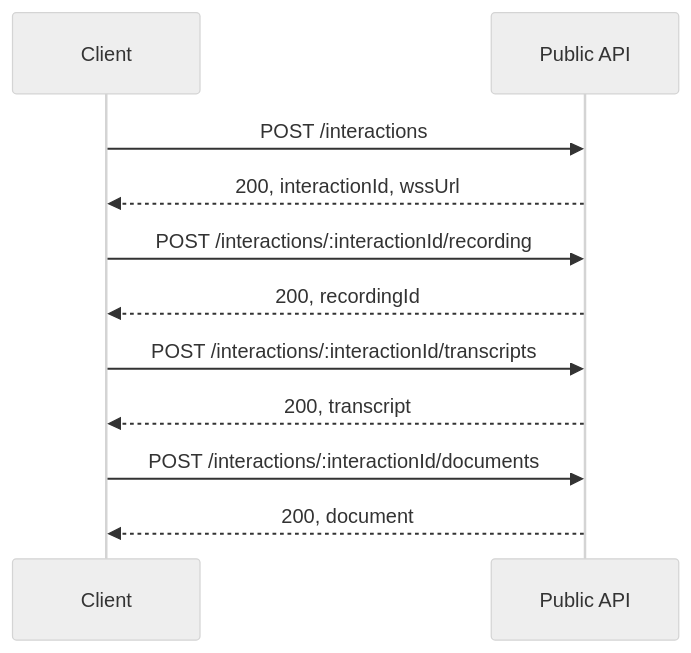
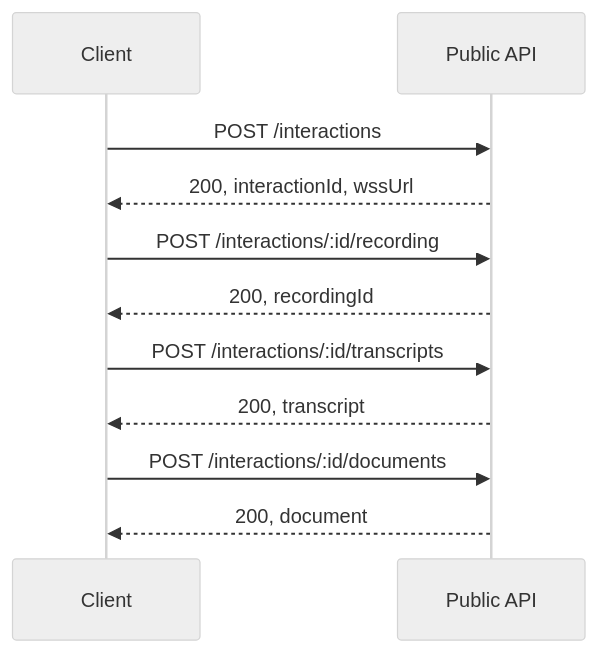
Before and after one commit to corticph/docs_corti: the fourth of 4 diagrams in get_started/workflows.mdx, drawn with Mermaid (neutral theme). The commit also changed other lines of this file, not shown here.

````diff
--- a/get_started/workflows.mdx
+++ b/get_started/workflows.mdx
@@ -104,11 +103,11 @@
   ```mermaid
         sequenceDiagram
         Client ->> Public API: POST /interactions
         Public API -->> Client: 200, interactionId, wssUrl
-        Client ->> Public API: POST /interactions/:interactionId/recording
+        Client ->> Public API: POST /interactions/:id/recording
         Public API -->> Client: 200, recordingId
-        Client ->> Public API: POST /interactions/:interactionId/transcripts
+        Client ->> Public API: POST /interactions/:id/transcripts
         Public API -->> Client: 200, transcript
-        Client ->> Public API: POST /interactions/:interactionId/documents
+        Client ->> Public API: POST /interactions/:id/documents
         Public API -->> Client: 200, document
     ```
````
